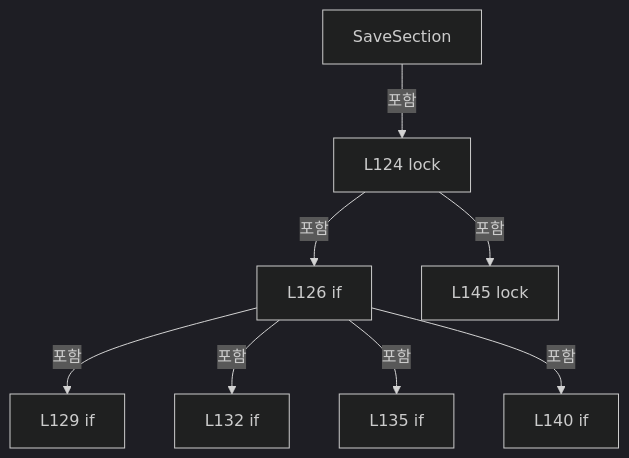
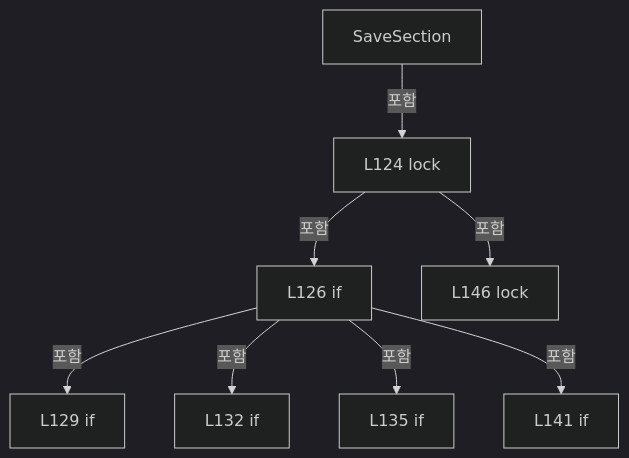
The eighth of 11 diagrams in A3 LD Code Ref/files/Drilling.Common/Managers/CSettingManager.cs.md (kjuws10-rgb/Shared), drawn with Mermaid (dark theme) before and after one commit. The commit also changed other lines of this file and 1984 other files, not shown here.

Commit message:
docs(a3): update 11.17.0 architecture and complete code reference

````diff
--- a/A3 LD Code Ref/files/Drilling.Common/Managers/CSettingManager.cs.md
+++ b/A3 LD Code Ref/files/Drilling.Common/Managers/CSettingManager.cs.md
@@ -1058,18 +1062,18 @@
 ```mermaid
 flowchart TD
  M["SaveSection"]
  N0["L124 lock"]
  M -->|포함| N0
  N1["L126 if"]
  N0 -->|포함| N1
  N2["L129 if"]
  N1 -->|포함| N2
  N3["L132 if"]
  N1 -->|포함| N3
  N4["L135 if"]
  N1 -->|포함| N4
- N5["L140 if"]
+ N5["L141 if"]
  N1 -->|포함| N5
- N6["L145 lock"]
+ N6["L146 lock"]
  N0 -->|포함| N6
 ```
````
